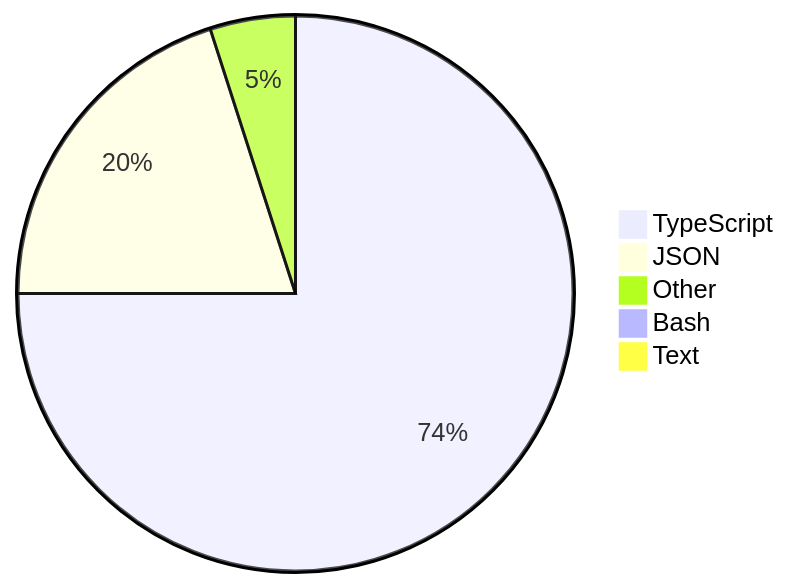
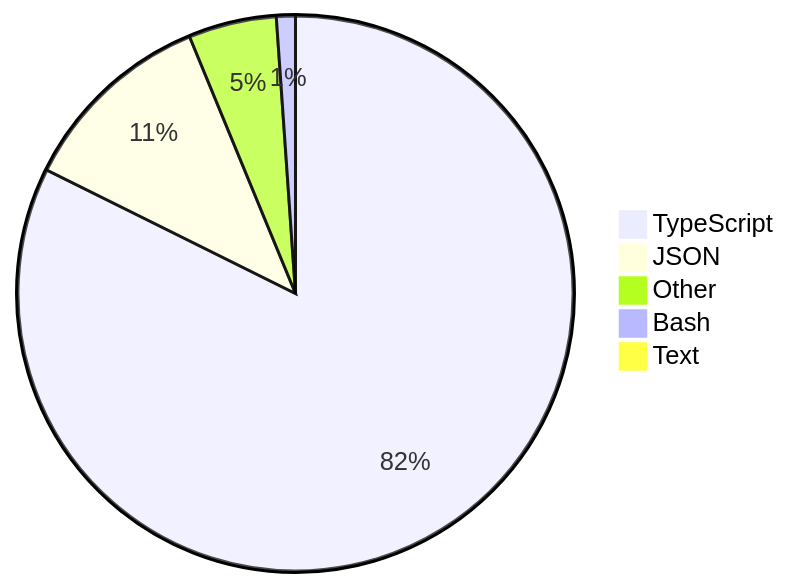
Before and after one commit to skvggor/skvggor: the diagram in README.md, drawn with Mermaid.

Commit message:
Updated waka-readme graph with new metrics

````diff
--- a/README.md
+++ b/README.md
@@ -28,8 +28,8 @@
 ```mermaid
 pie
-    "TypeScript" : 74.1
-    "JSON" : 19.8
-    "Other" : 4.9
-    "Bash" : 0.9
+    "TypeScript" : 82.0
+    "JSON" : 11.4
+    "Other" : 5.1
+    "Bash" : 1.1
     "Text" : 0.4
 ```
````
